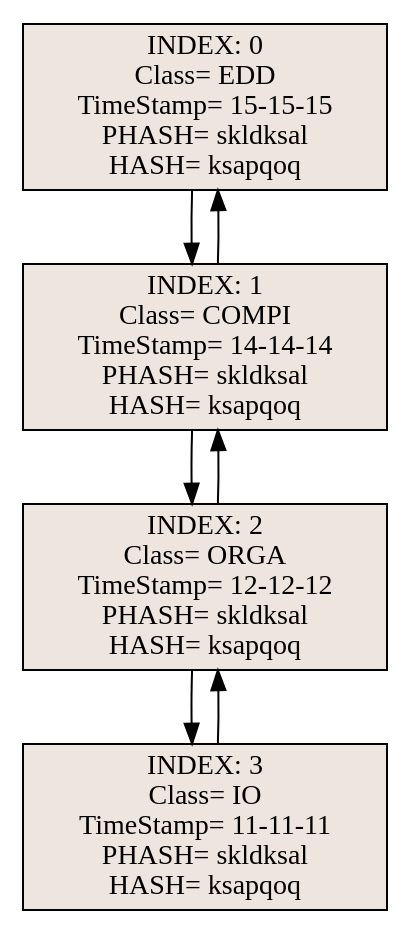
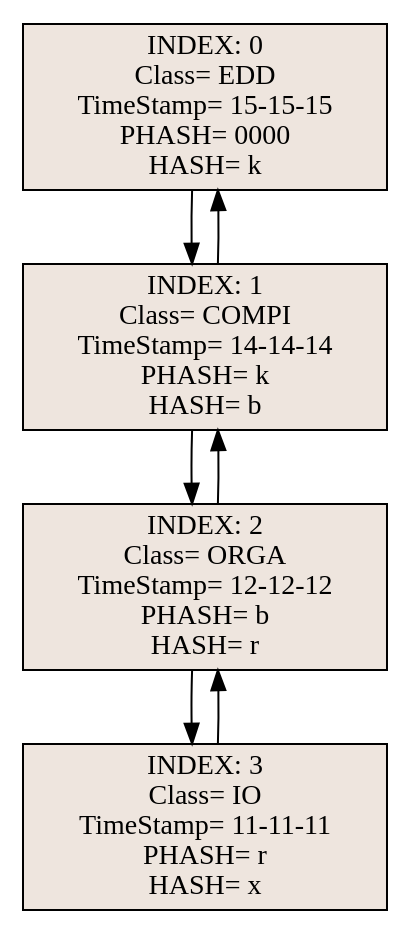
One commit to Eduardo01004/EDD_2S2019_P2_201612124 changed the diagram in Practica2/venv/Include/ListaBloques.dot. Above: the diagram before and after it, drawn with Graphviz. The commit also changed 5 other files, not shown here.

```diff
--- a/Practica2/venv/Include/ListaBloques.dot
+++ b/Practica2/venv/Include/ListaBloques.dot
@@ -1,12 +1,12 @@
 digraph G { 
-1966303[shape=record, style=filled, fillcolor=seashell2,label="INDEX: 0&#92;n Class= EDD &#92;n TimeStamp= 15-15-15&#92;n PHASH= skldksal&#92;n HASH= ksapqoq"];
-1966303->1966309
-1966309->1966303
-1966309[shape=record, style=filled, fillcolor=seashell2,label="INDEX: 1&#92;n Class= COMPI &#92;n TimeStamp= 14-14-14&#92;n PHASH= skldksal&#92;n HASH= ksapqoq"];
-1966309->2000619
-2000619->1966309
-2000619[shape=record, style=filled, fillcolor=seashell2,label="INDEX: 2&#92;n Class= ORGA &#92;n TimeStamp= 12-12-12&#92;n PHASH= skldksal&#92;n HASH= ksapqoq"];
-2000619->2000623
-2000623->2000619
-2000623[shape=record, style=filled, fillcolor=seashell2,label="INDEX: 3 &#92;n Class= IO &#92;n TimeStamp= 11-11-11&#92;n PHASH= skldksal&#92;n HASH= ksapqoq"];
+3285461[shape=record, style=filled, fillcolor=seashell2,label="INDEX: 0&#92;n Class= EDD &#92;n TimeStamp= 15-15-15&#92;n PHASH= 0000&#92;n HASH= k"];
+3285461->3285467
+3285467->3285461
+3285467[shape=record, style=filled, fillcolor=seashell2,label="INDEX: 1&#92;n Class= COMPI &#92;n TimeStamp= 14-14-14&#92;n PHASH= k&#92;n HASH= b"];
+3285467->3389169
+3389169->3285467
+3389169[shape=record, style=filled, fillcolor=seashell2,label="INDEX: 2&#92;n Class= ORGA &#92;n TimeStamp= 12-12-12&#92;n PHASH= b&#92;n HASH= r"];
+3389169->3389173
+3389173->3389169
+3389173[shape=record, style=filled, fillcolor=seashell2,label="INDEX: 3 &#92;n Class= IO &#92;n TimeStamp= 11-11-11&#92;n PHASH= r&#92;n HASH= x"];
 }
```
